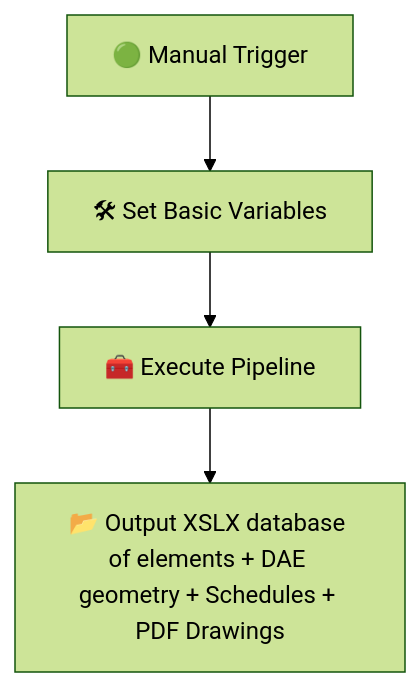
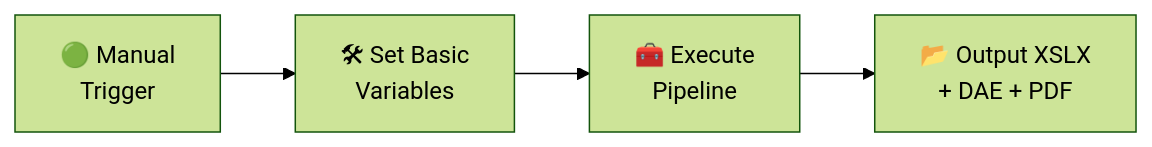
Before and after one commit to ehtick/cad2data-Revit-IFC-DWG-DGN-pipeline-with-conversion-validation-qto: the first of 4 diagrams in README.md, drawn with Mermaid (forest theme). The commit also changed other lines of this file, not shown here.

````diff
--- a/README.md
+++ b/README.md
@@ -140,6 +140,6 @@
 ```mermaid
-graph TD;
-    A[🟢 Manual Trigger] --> B[🛠 Set Basic Variables]
-    B --> C[🧰 Execute Pipeline]
-    C --> D[📂 Output XSLX database of elements + DAE geometry + Schedules + PDF Drawings]
+graph LR;
+    A[🟢 Manual<br/>Trigger] --> B[🛠 Set Basic<br/>Variables]
+    B --> C[🧰 Execute<br/>Pipeline]
+    C --> D[📂 Output XSLX<br/>+ DAE + PDF]
 ```
````
